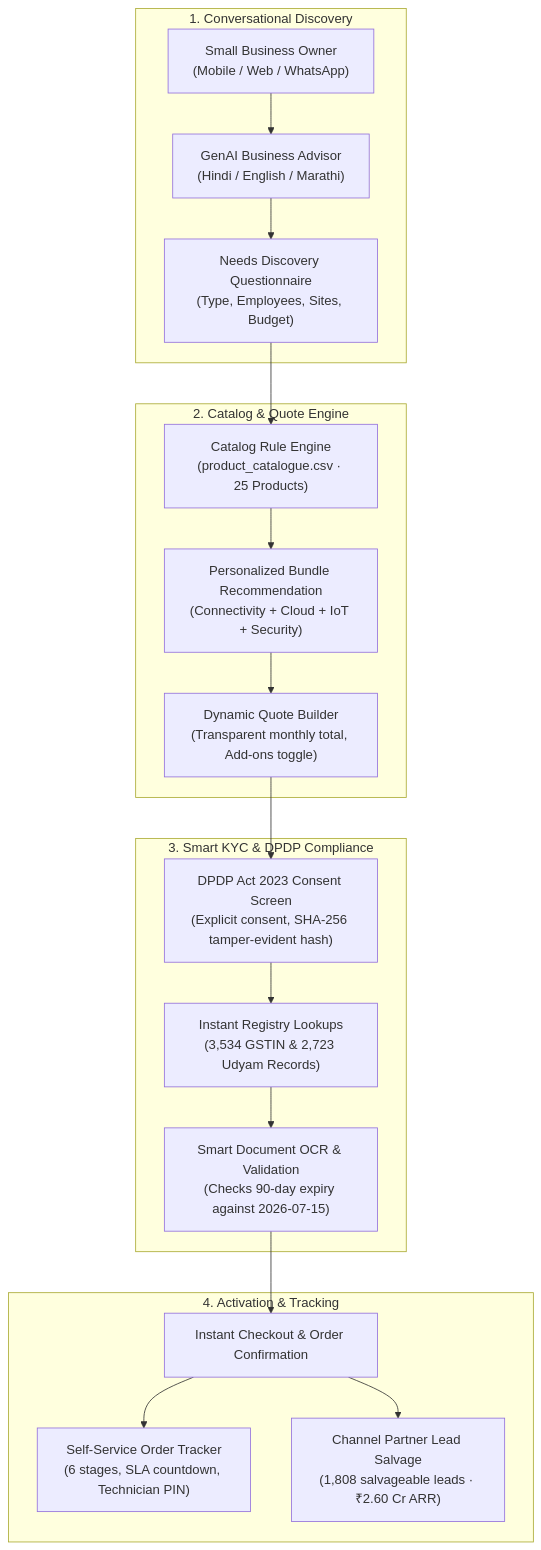
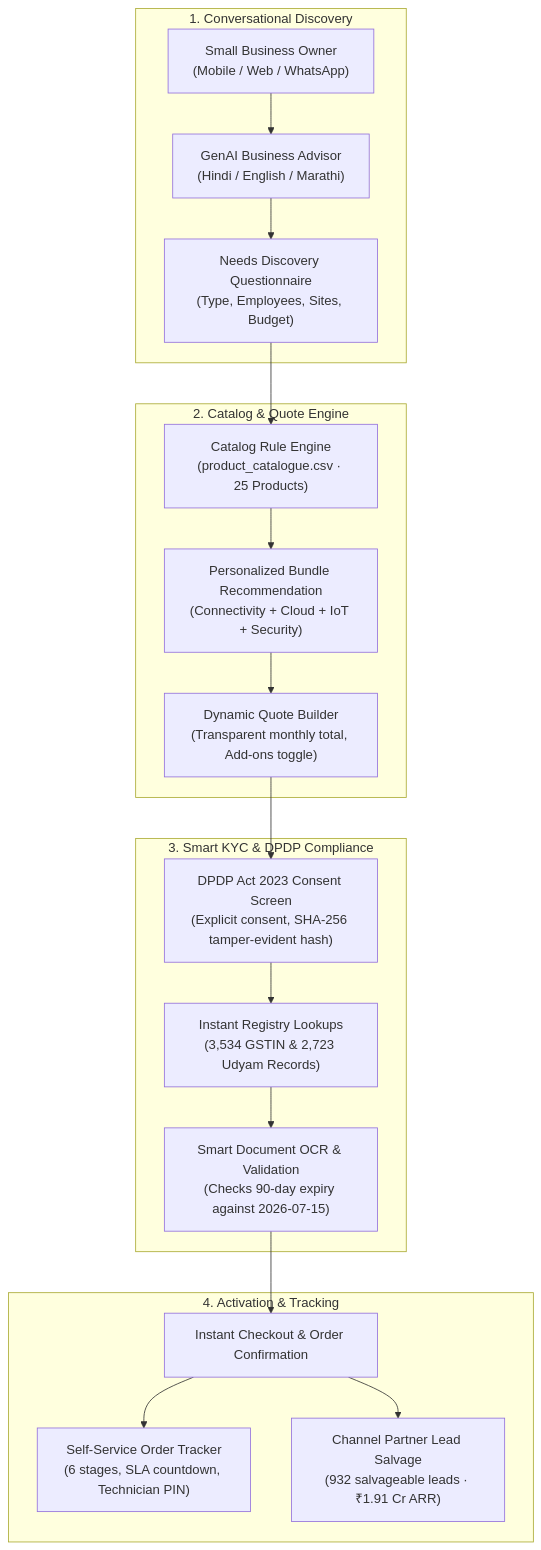
The diagram in PLAN.md (abhishekKokadwar/vyaparsetu), drawn with Mermaid before and after one commit. The commit also changed other lines of this file and 6 other files, not shown here.

Commit message:
fix: K01 primary reject reason order, honest LLM eval, Vercel 4MB limit, and align PLAN & architecture diagram

````diff
--- a/PLAN.md
+++ b/PLAN.md
@@ -31,25 +31,25 @@
 ```mermaid
 flowchart TD
     subgraph Discovery ["1. Conversational Discovery"]
         A["Small Business Owner<br>(Mobile / Web / WhatsApp)"] --> B["GenAI Business Advisor<br>(Hindi / English / Marathi)"]
         B --> C["Needs Discovery Questionnaire<br>(Type, Employees, Sites, Budget)"]
     end
 
     subgraph Recommendation ["2. Catalog & Quote Engine"]
         C --> D["Catalog Rule Engine<br>(product_catalogue.csv · 25 Products)"]
         D --> E["Personalized Bundle Recommendation<br>(Connectivity + Cloud + IoT + Security)"]
         E --> F["Dynamic Quote Builder<br>(Transparent monthly total, Add-ons toggle)"]
     end
 
     subgraph Verification ["3. Smart KYC & DPDP Compliance"]
         F --> G["DPDP Act 2023 Consent Screen<br>(Explicit consent, SHA-256 tamper-evident hash)"]
         G --> H["Instant Registry Lookups<br>(3,534 GSTIN & 2,723 Udyam Records)"]
         H --> I["Smart Document OCR & Validation<br>(Checks 90-day expiry against 2026-07-15)"]
     end
 
     subgraph Fulfillment ["4. Activation & Tracking"]
         I --> J["Instant Checkout & Order Confirmation"]
         J --> K["Self-Service Order Tracker<br>(6 stages, SLA countdown, Technician PIN)"]
-        J --> L["Channel Partner Lead Salvage<br>(1,808 salvageable leads · ₹2.60 Cr ARR)"]
+        J --> L["Channel Partner Lead Salvage<br>(932 salvageable leads · ₹1.91 Cr ARR)"]
     end
 ```
````
